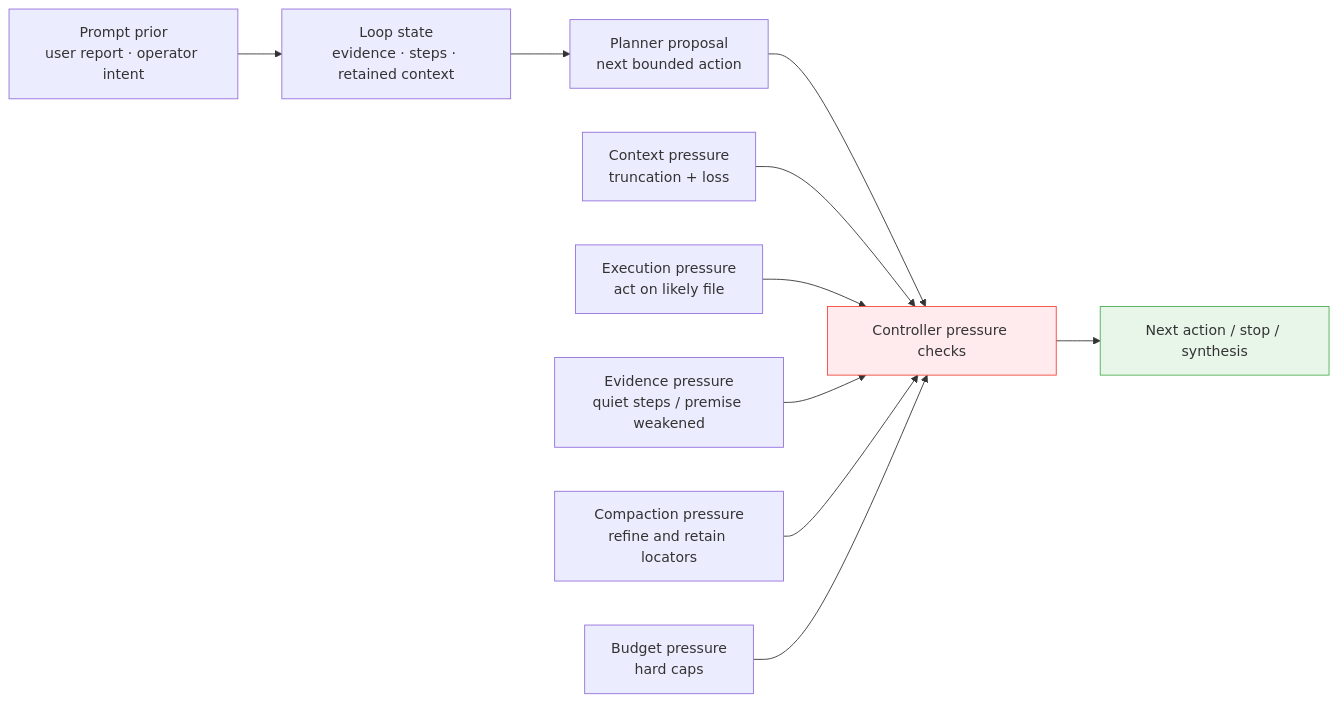
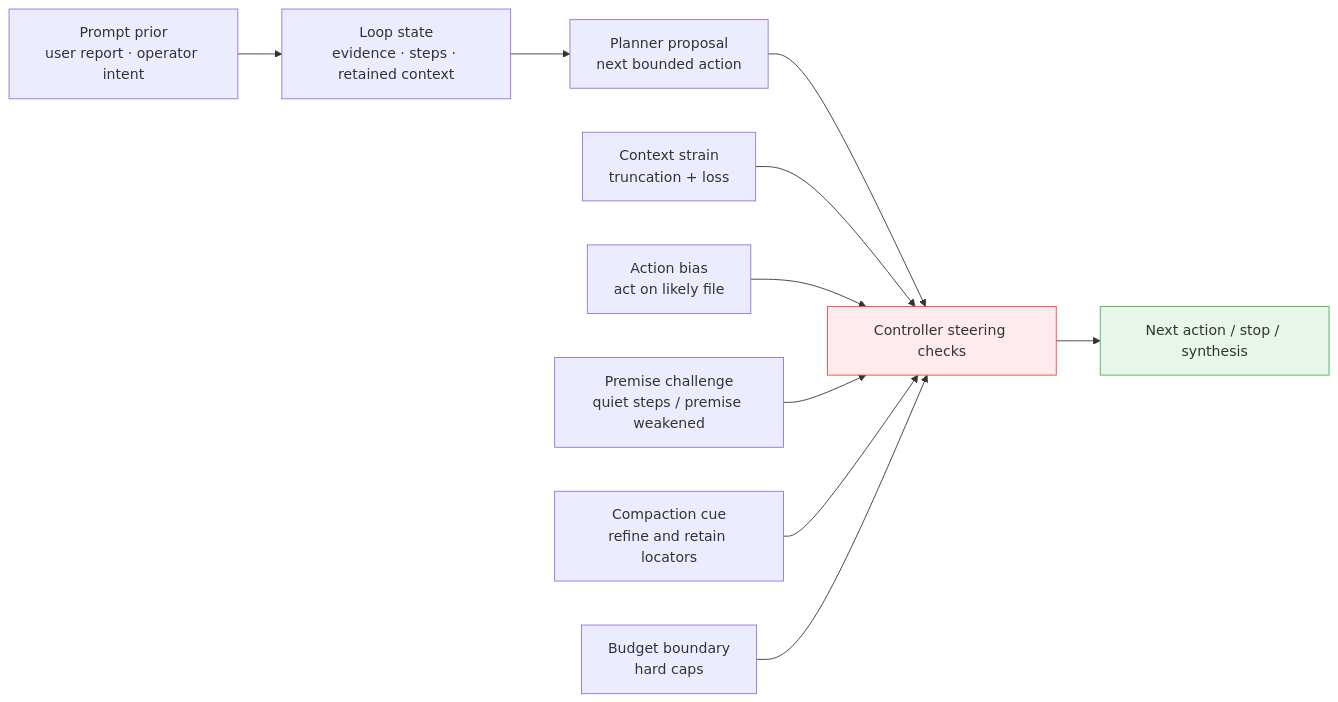
The second of 2 diagrams in ARCHITECTURE.md (spoke-sh/paddles), drawn with Mermaid before and after one commit. The commit also changed other lines of this file and 20 other files, not shown here.

First line of the commit message:
Rename pressure systems to steering signals

````diff
--- a/ARCHITECTURE.md
+++ b/ARCHITECTURE.md
@@ -88,25 +88,25 @@
 ```mermaid
 flowchart LR
     Prior["Prompt prior<br/>user report · operator intent"]
     Planner["Planner proposal<br/>next bounded action"]
-    Controller["Controller pressure checks"]
+    Controller["Controller steering checks"]
     Loop["Loop state<br/>evidence · steps · retained context"]
     Outcome["Next action / stop / synthesis"]
 
-    Context["Context pressure<br/>truncation + loss"]
-    Execution["Execution pressure<br/>act on likely file"]
-    Evidence["Evidence pressure<br/>quiet steps / premise weakened"]
-    Compaction["Compaction pressure<br/>refine and retain locators"]
-    Budget["Budget pressure<br/>hard caps"]
+    Context["Context strain<br/>truncation + loss"]
+    Execution["Action bias<br/>act on likely file"]
+    Evidence["Premise challenge<br/>quiet steps / premise weakened"]
+    Compaction["Compaction cue<br/>refine and retain locators"]
+    Budget["Budget boundary<br/>hard caps"]
 
     Prior --> Loop
     Loop --> Planner --> Controller --> Outcome
     Context --> Controller
     Execution --> Controller
     Evidence --> Controller
     Compaction --> Controller
     Budget --> Controller
 
     style Controller fill:#ffebee,stroke:#f44336
     style Outcome fill:#e8f5e9,stroke:#4CAF50
 ```
````
